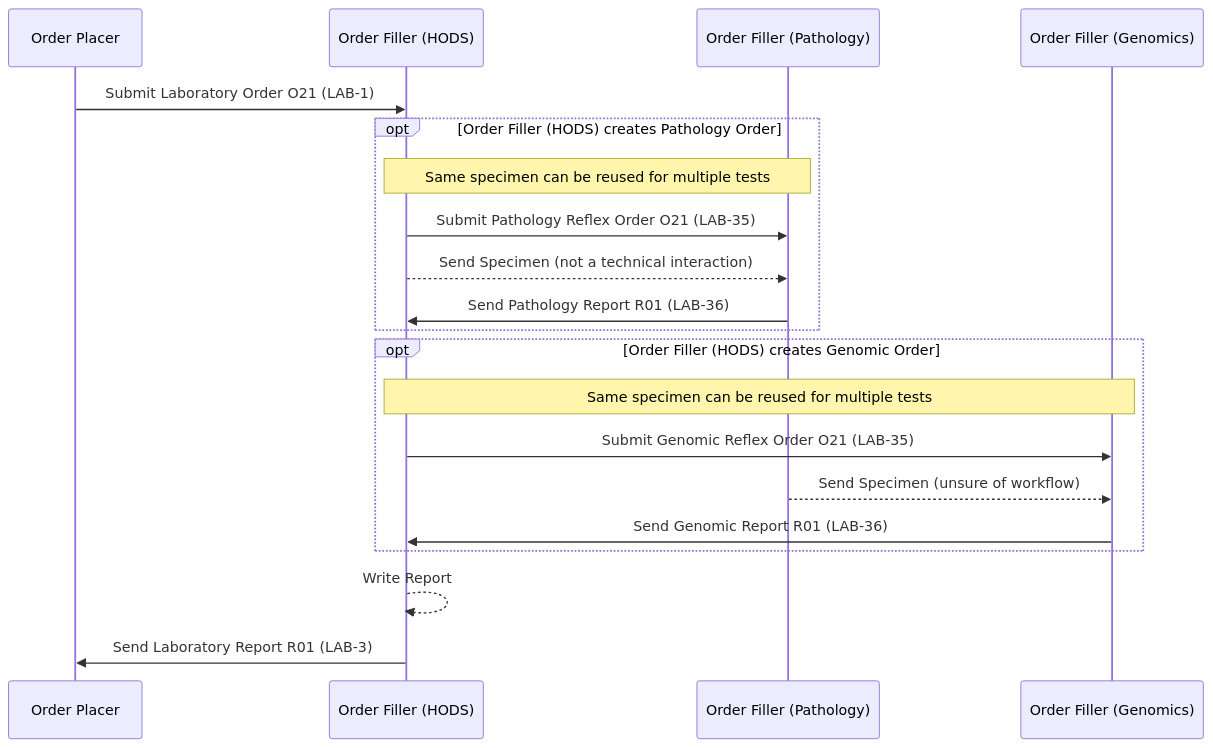
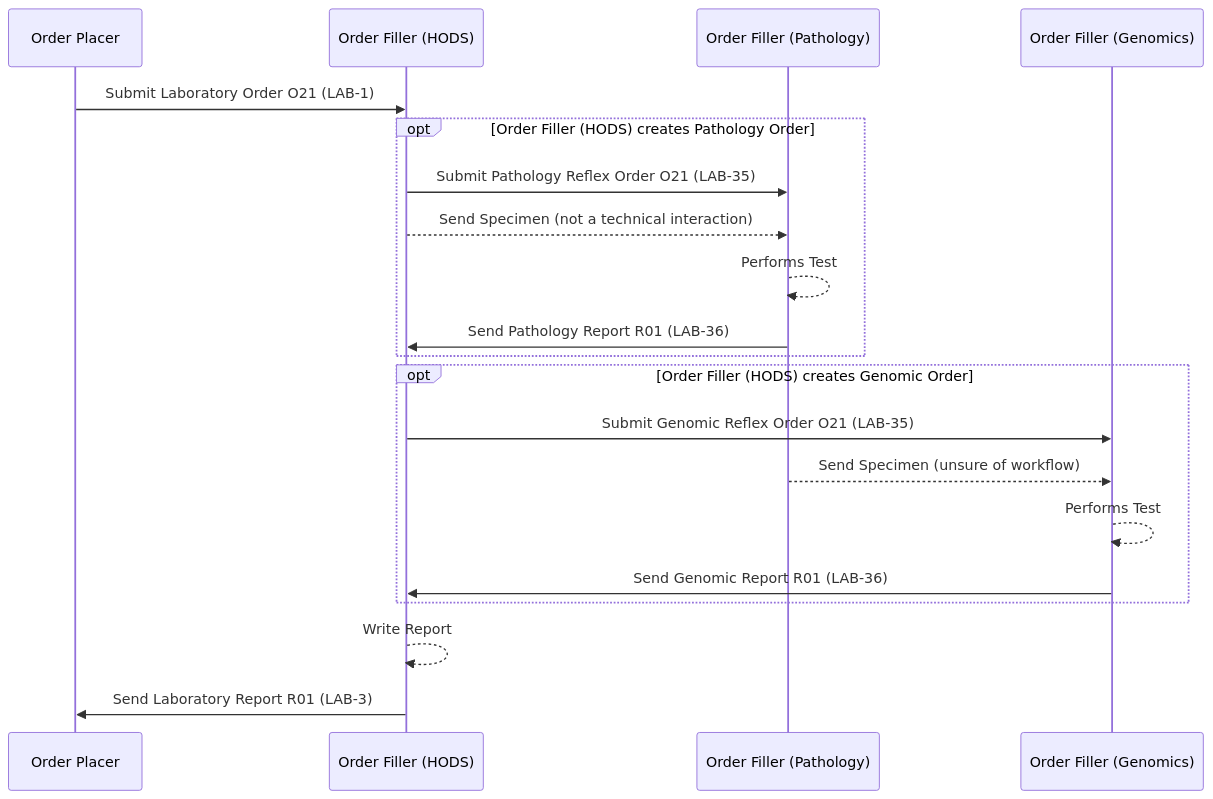
The fifth of 9 diagrams in input/pagecontent/ILW.md (nw-gmsa/nw-gmsa.github.com), drawn with Mermaid before and after one commit.

Commit message:
Validation fixes

````diff
--- a/input/pagecontent/ILW.md
+++ b/input/pagecontent/ILW.md
@@ -229,32 +229,32 @@
 ```mermaid
 sequenceDiagram
 
 
 participant EPR as Order Placer
 participant LIMS as Order Filler (HODS)
 participant LIMSP as Order Filler (Pathology)
 participant LIMSG as Order Filler (Genomics)
 
 
 EPR ->> LIMS: Submit Laboratory Order O21 (LAB-1)
 
 opt Order Filler (HODS) creates Pathology Order
 
-    note over LIMS,LIMSP: Same specimen can be reused for multiple tests
 
     LIMS ->> LIMSP: Submit Pathology Reflex Order O21 (LAB-35)
     LIMS -->> LIMSP: Send Specimen (not a technical interaction)
+    LIMSP -->> LIMSP : Performs Test
     LIMSP ->> LIMS: Send Pathology Report R01 (LAB-36)
 end
 
 opt Order Filler (HODS) creates Genomic Order
 
-    note over LIMS,LIMSG: Same specimen can be reused for multiple tests
-
+   
     LIMS ->> LIMSG: Submit Genomic Reflex Order O21 (LAB-35)
     LIMSP -->> LIMSG: Send Specimen (unsure of workflow)
+    LIMSG -->> LIMSG : Performs Test
     LIMSG ->> LIMS: Send Genomic Report R01 (LAB-36)
 end
 LIMS -->> LIMS: Write Report
 LIMS ->> EPR: Send Laboratory Report R01 (LAB-3)
 ```
````
